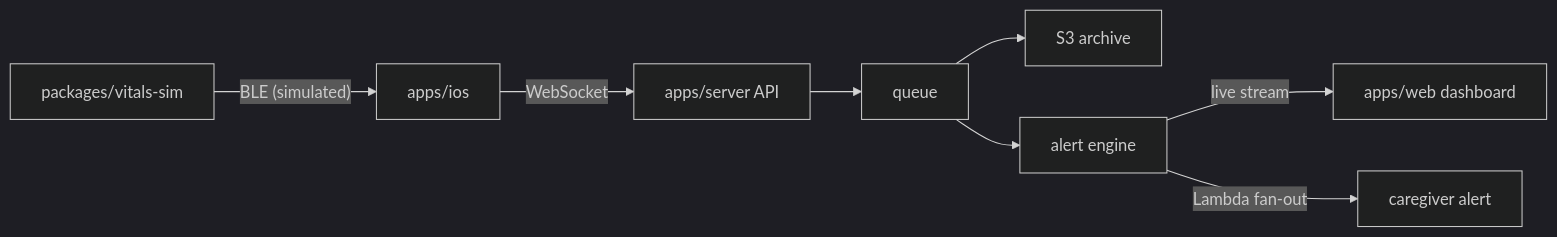
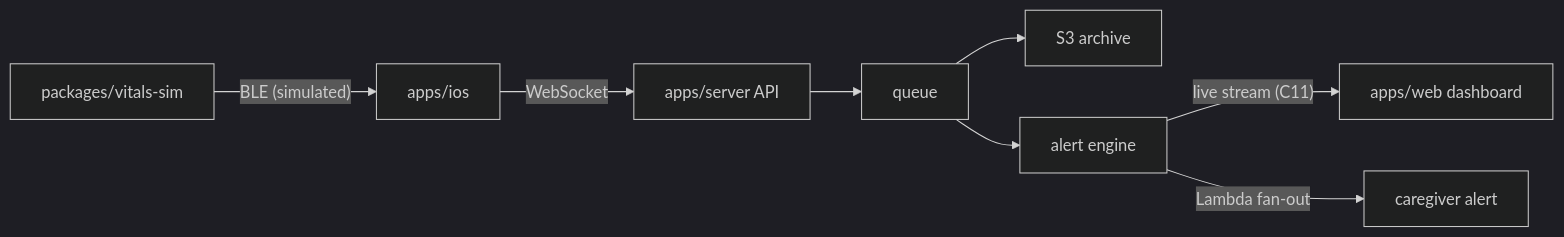
One commit to sebkoo/maekbeat changed the diagram in README.md. Above: the diagram before and after it, drawn with Mermaid (dark theme). The commit also changed other lines of this file and 39 other files, not shown here.

````diff
--- a/README.md
+++ b/README.md
@@ -21,10 +21,10 @@
 ```mermaid
 flowchart LR
   SIM["packages/vitals-sim"] -->|"BLE (simulated)"| IOS["apps/ios"]
   IOS -->|"WebSocket"| API["apps/server API"]
   API --> Q["queue"]
   Q --> S3["S3 archive"]
   Q --> AL["alert engine"]
-  AL -->|"live stream"| WEB["apps/web dashboard"]
+  AL -->|"live stream (C11)"| WEB["apps/web dashboard"]
   AL -->|"Lambda fan-out"| ALERT["caregiver alert"]
 ```
````
